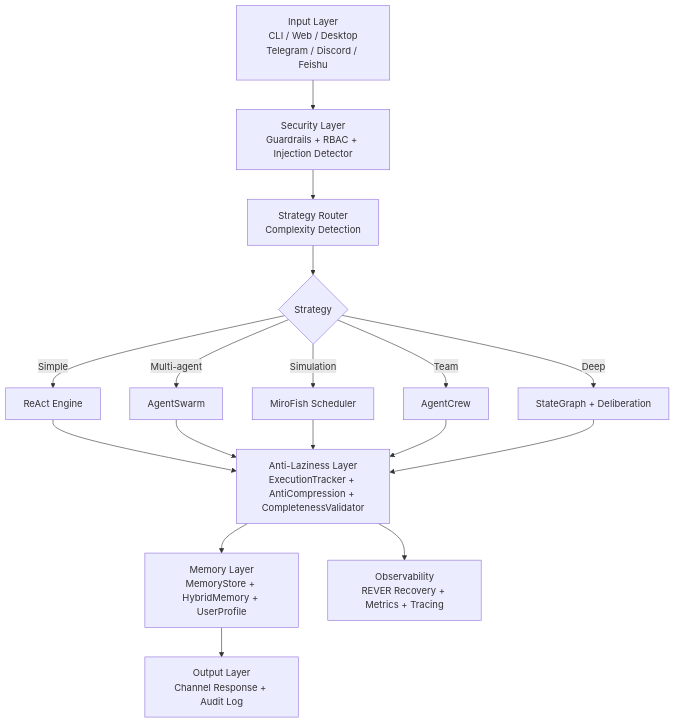
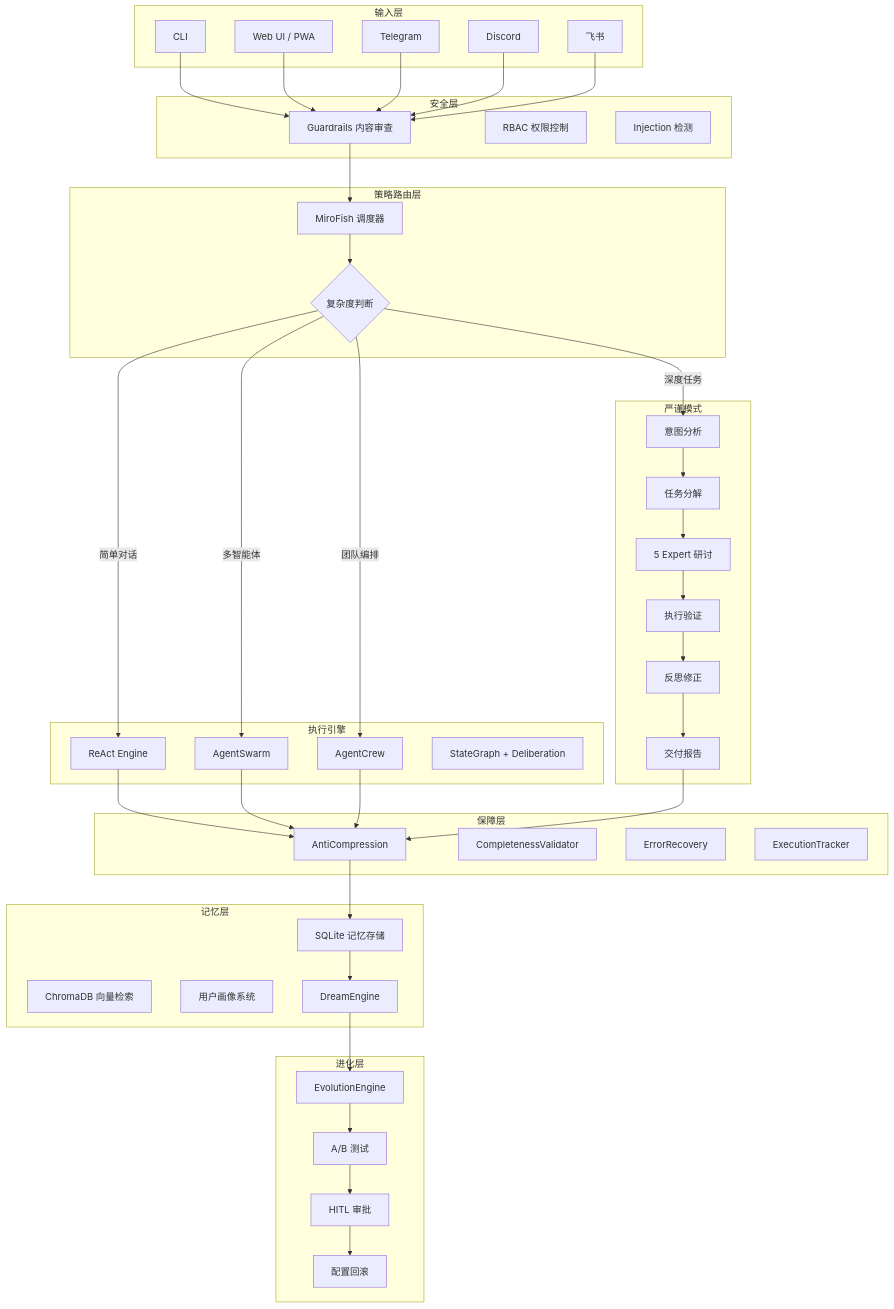
The diagram in README.md (qize-auto/nexus-agent), drawn with Mermaid before and after one commit. The commit also changed other lines of this file and 1 other file, not shown here.

````diff
--- a/README.md
+++ b/README.md
@@ -53,19 +133,79 @@
 ```mermaid
 graph TD
-    A[Input Layer<br/>CLI / Web / Desktop<br/>Telegram / Discord / Feishu] --> B[Security Layer<br/>Guardrails + RBAC + Injection Detector]
-    B --> C[Strategy Router<br/>Complexity Detection]
-    C --> D{Strategy}
-    D -->|Simple| E[ReAct Engine]
-    D -->|Multi-agent| F[AgentSwarm]
-    D -->|Simulation| G[MiroFish Scheduler]
-    D -->|Team| H[AgentCrew]
-    D -->|Deep| I[StateGraph + Deliberation]
-    E --> J[Anti-Laziness Layer<br/>ExecutionTracker + AntiCompression + CompletenessValidator]
-    F --> J
-    G --> J
-    H --> J
-    I --> J
-    J --> K[Memory Layer<br/>MemoryStore + HybridMemory + UserProfile]
-    K --> L[Output Layer<br/>Channel Response + Audit Log]
-    J --> M[Observability<br/>REVER Recovery + Metrics + Tracing]
+    subgraph "输入层"
+        A1[CLI]
+        A2[Web UI / PWA]
+        A3[Telegram]
+        A4[Discord]
+        A5[飞书]
+    end
+
+    subgraph "安全层"
+        B1[Guardrails 内容审查]
+        B2[RBAC 权限控制]
+        B3[Injection 检测]
+    end
+
+    subgraph "策略路由层"
+        C1[MiroFish 调度器]
+        C2{复杂度判断}
+    end
+
+    subgraph "执行引擎"
+        D1[ReAct Engine]
+        D2[AgentSwarm]
+        D3[AgentCrew]
+        D4[StateGraph + Deliberation]
+    end
+
+    subgraph "严谨模式"
+        E1[意图分析]
+        E2[任务分解]
+        E3[5 Expert 研讨]
+        E4[执行验证]
+        E5[反思修正]
+        E6[交付报告]
+    end
+
+    subgraph "保障层"
+        F1[AntiCompression]
+        F2[CompletenessValidator]
+        F3[ErrorRecovery]
+        F4[ExecutionTracker]
+    end
+
+    subgraph "记忆层"
+        G1[SQLite 记忆存储]
+        G2[ChromaDB 向量检索]
+        G3[用户画像系统]
+        G4[DreamEngine]
+    end
+
+    subgraph "进化层"
+        H1[EvolutionEngine]
+        H2[A/B 测试]
+        H3[HITL 审批]
+        H4[配置回滚]
+    end
+
+    A1 --> B1
+    A2 --> B1
+    A3 --> B1
+    A4 --> B1
+    A5 --> B1
+    B1 --> C1
+    C1 --> C2
+    C2 -->|简单对话| D1
+    C2 -->|多智能体| D2
+    C2 -->|团队编排| D3
+    C2 -->|深度任务| E1
+    D1 --> F1
+    D2 --> F1
+    D3 --> F1
+    E1 --> E2 --> E3 --> E4 --> E5 --> E6
+    E6 --> F1
+    F1 --> G1
+    G1 --> G4
+    G4 --> H1
+    H1 --> H2 --> H3 --> H4
 ```
````
